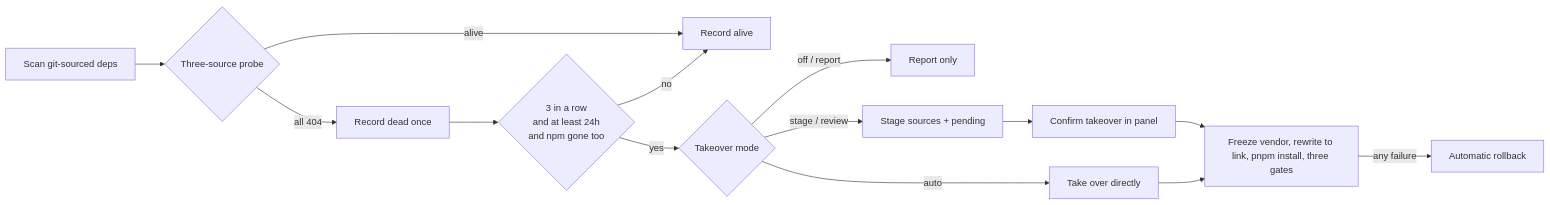
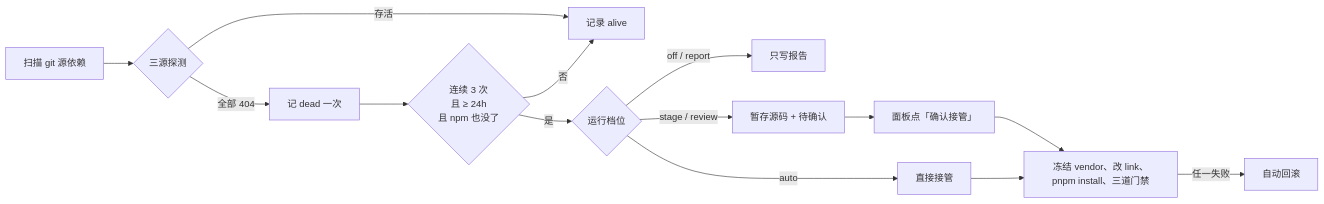
One commit to suhong11300/dsh-plugin-guard changed the diagram in README.md. Above: the diagram before and after it, drawn with Mermaid. The commit also changed other lines of this file and 4 other files, not shown here.

````diff
--- a/README.md
+++ b/README.md
@@ -50,16 +50,16 @@
 ```mermaid
 flowchart LR
-    A[Scan git-sourced deps] --> B{Three-source probe}
-    B -->|alive| C[Record alive]
-    B -->|all 404| D[Record dead once]
-    D --> E{3 in a row<br/>and at least 24h<br/>and npm gone too}
-    E -->|no| C
-    E -->|yes| F{Takeover mode}
-    F -->|off / report| G[Report only]
-    F -->|stage / review| H[Stage sources + pending]
-    H --> I[Confirm takeover in panel]
-    F -->|auto| J[Take over directly]
-    I --> K[Freeze vendor, rewrite to link, pnpm install, three gates]
+    A[扫描 git 源依赖] --> B{三源探测}
+    B -->|存活| C[记录 alive]
+    B -->|全部 404| D[记 dead 一次]
+    D --> E{连续 3 次<br/>且 ≥ 24h<br/>且 npm 也没了}
+    E -->|否| C
+    E -->|是| F{运行档位}
+    F -->|off / report| G[只写报告]
+    F -->|stage / review| H[暂存源码 + 待确认]
+    H --> I[面板点「确认接管」]
+    F -->|auto| J[直接接管]
+    I --> K[冻结 vendor、改 link、pnpm install、三道门禁]
     J --> K
-    K -->|any failure| L[Automatic rollback]
+    K -->|任一失败| L[自动回滚]
 ```
````
